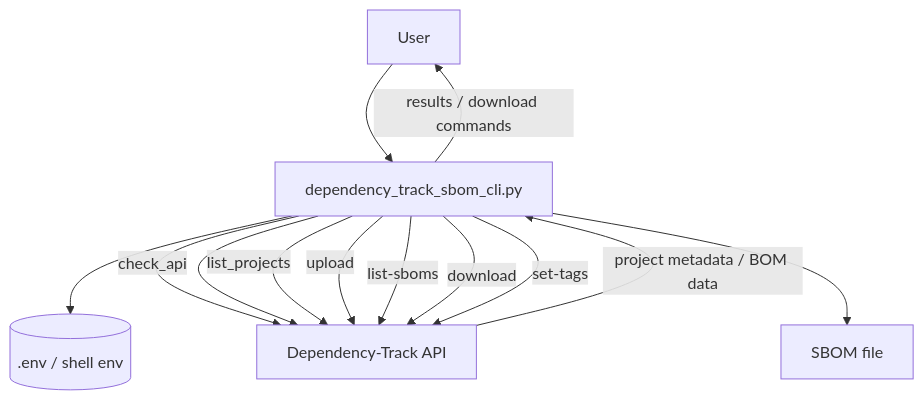
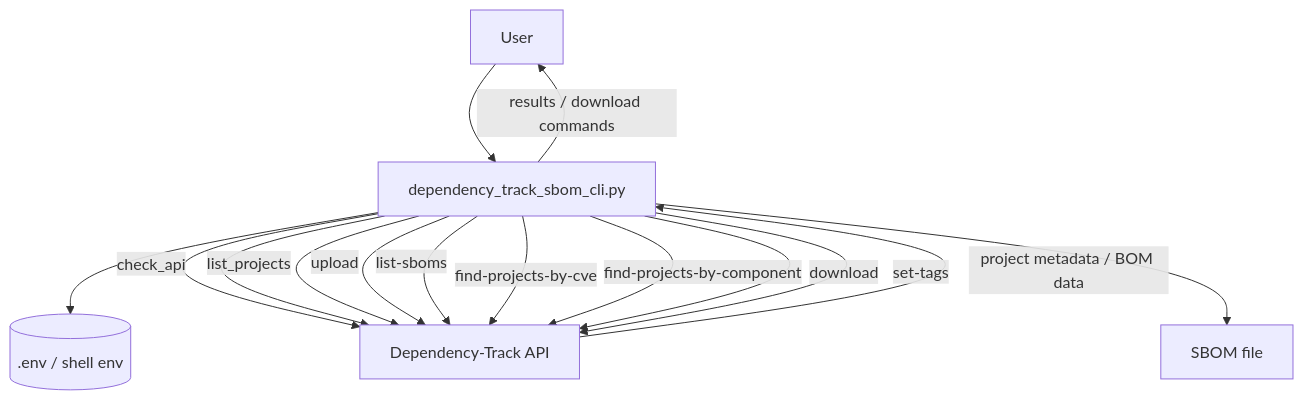
One commit to rigualj/sbom_playground changed the diagram in README.md. Above: the diagram before and after it, drawn with Mermaid. The commit also changed other lines of this file and 1 other file, not shown here.

Commit message:
Adding feature to list projects by vulnerability and component

````diff
--- a/README.md
+++ b/README.md
@@ -9,17 +9,19 @@
 ```mermaid
 flowchart TD
     U[User] --> CLI[dependency_track_sbom_cli.py]
     CLI --> ENV[(.env / shell env)]
     CLI --> DT[Dependency-Track API]
     CLI --> SBOM[SBOM file]
 
     CLI -->|check_api| DT
     CLI -->|list_projects| DT
     CLI -->|upload| DT
     CLI -->|list-sboms| DT
+    CLI -->|find-projects-by-cve| DT
+    CLI -->|find-projects-by-component| DT
     CLI -->|download| DT
     CLI -->|set-tags| DT
 
     DT -->|project metadata / BOM data| CLI
     CLI -->|results / download commands| U
 ```
````
